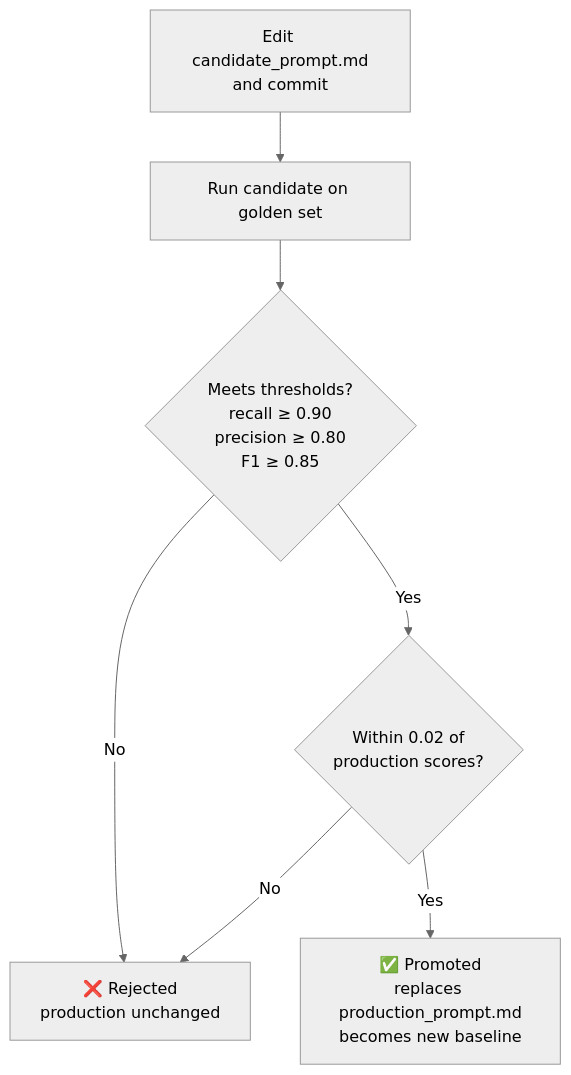
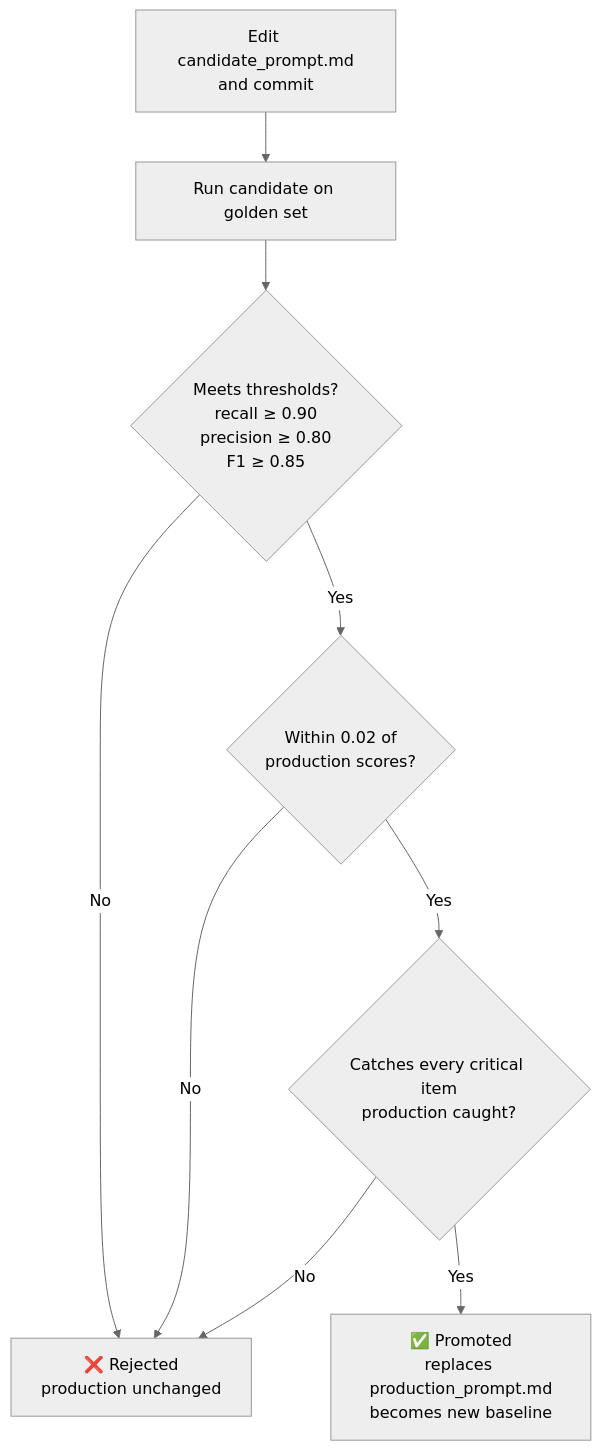
Before and after one commit to gomezclint/evaluation-test: the second of 2 diagrams in README.md, drawn with Mermaid (neutral theme). The commit also changed other lines of this file and 4 other files, not shown here.

````diff
--- a/README.md
+++ b/README.md
@@ -119,9 +124,11 @@
 ```mermaid
 flowchart TD
     A[Edit candidate_prompt.md<br/>and commit] --> B[Run candidate on golden set]
     B --> C{Meets thresholds?<br/>recall ≥ 0.90<br/>precision ≥ 0.80<br/>F1 ≥ 0.85}
     C -->|No| R[❌ Rejected<br/>production unchanged]
     C -->|Yes| D{Within 0.02 of<br/>production scores?}
     D -->|No| R
-    D -->|Yes| P[✅ Promoted<br/>replaces production_prompt.md<br/>becomes new baseline]
+    D -->|Yes| E{Catches every critical item<br/>production caught?}
+    E -->|No| R
+    E -->|Yes| P[✅ Promoted<br/>replaces production_prompt.md<br/>becomes new baseline]
 ```
````
